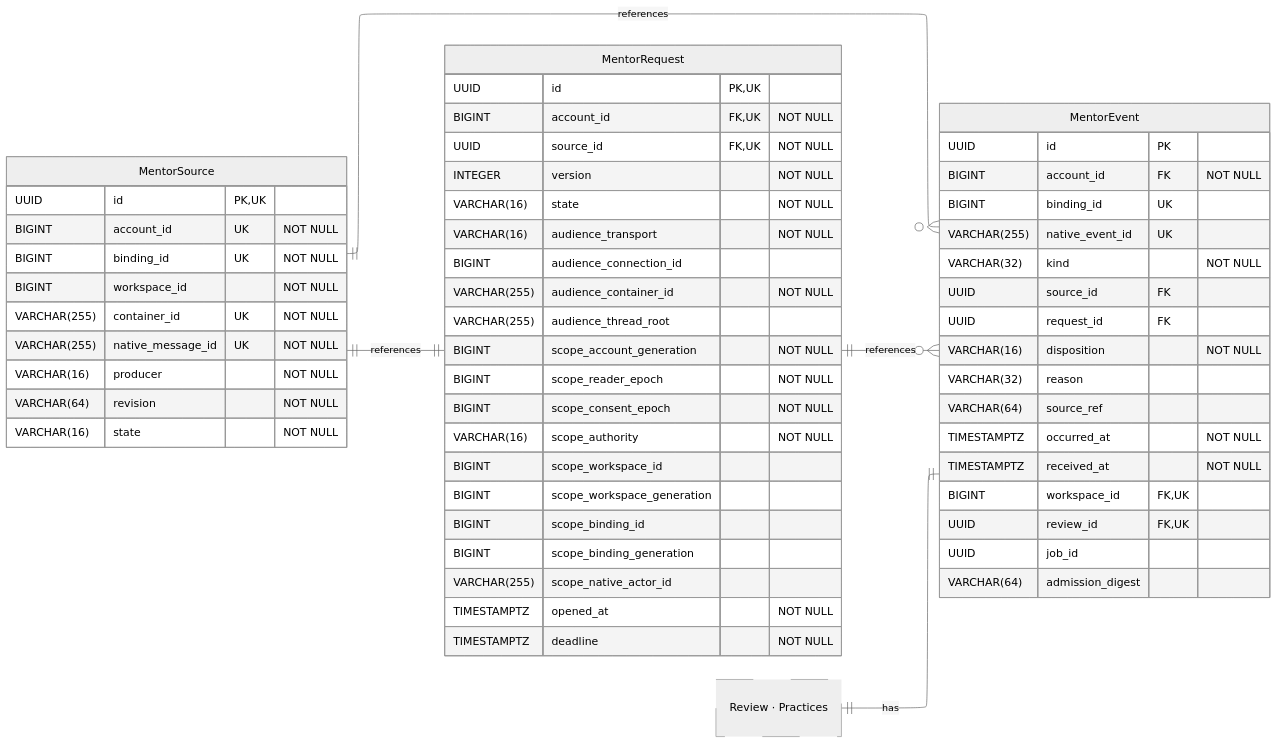
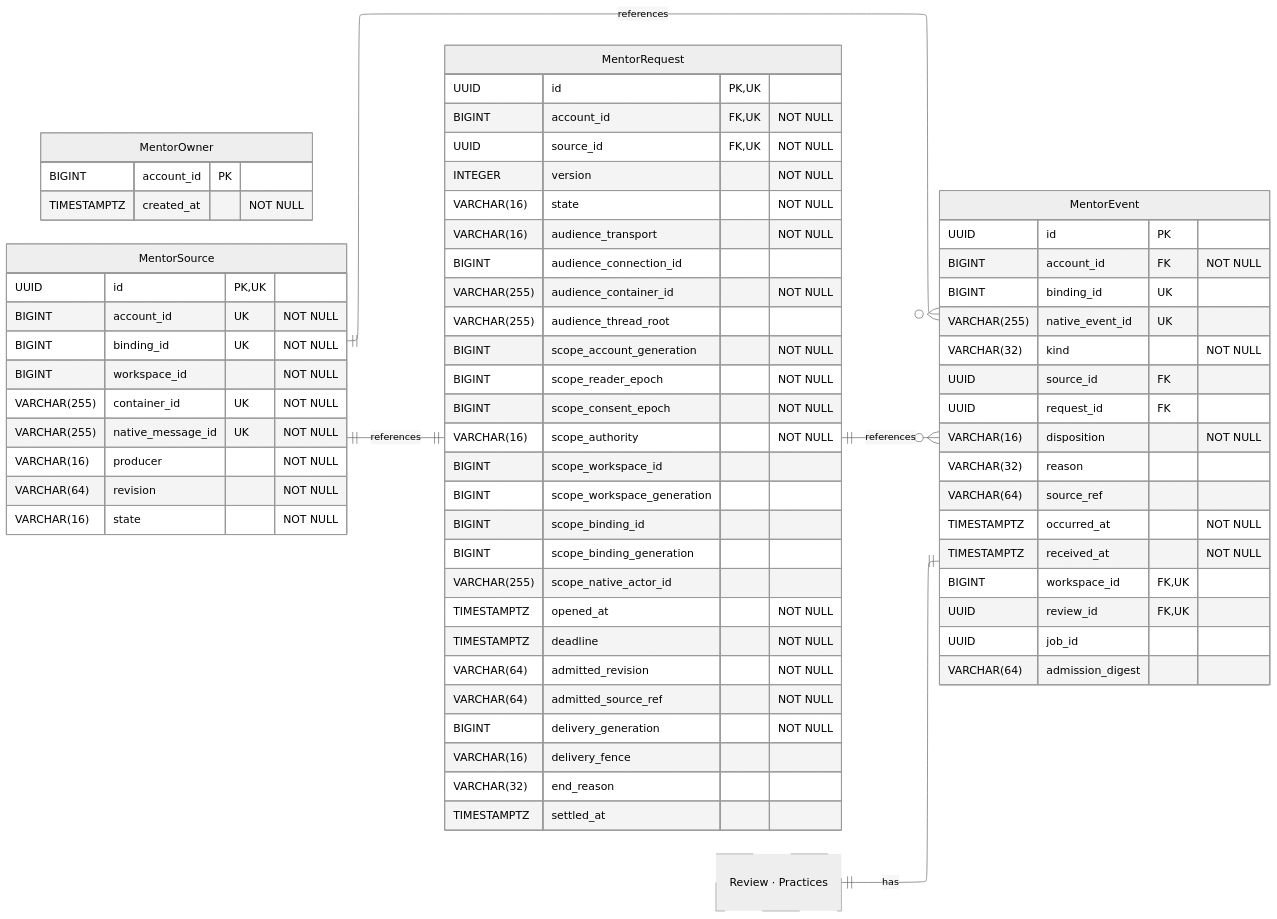
One commit to hephaestus-build/Hephaestus changed the diagram in docs/contributor/erd/mentor.mmd. Above: the diagram before and after it, drawn with Mermaid (neutral theme). The commit also changed 3 other files, not shown here.

Commit message:
chore(server): format and regenerate the mentor diagram

```diff
--- a/docs/contributor/erd/mentor.mmd
+++ b/docs/contributor/erd/mentor.mmd
@@ -1,83 +1,94 @@
 ---
 config:
     layout: elk
 ---
 erDiagram
     %% Generated automatically from PostgreSQL database schema
     %% using scripts/generate-mermaid-erd.ts
     %% To regenerate: vp run db:generate-erd-docs
 
     direction LR
 
     MentorEvent {
         UUID id PK
         BIGINT account_id FK "NOT NULL"
         BIGINT binding_id UK
         VARCHAR(255) native_event_id UK
         VARCHAR(32) kind "NOT NULL"
         UUID source_id FK
         UUID request_id FK
         VARCHAR(16) disposition "NOT NULL"
         VARCHAR(32) reason
         VARCHAR(64) source_ref
         TIMESTAMPTZ occurred_at "NOT NULL"
         TIMESTAMPTZ received_at "NOT NULL"
         BIGINT workspace_id FK,UK
         UUID review_id FK,UK
         UUID job_id
         VARCHAR(64) admission_digest
     }
 
+    MentorOwner {
+        BIGINT account_id PK
+        TIMESTAMPTZ created_at "NOT NULL"
+    }
+
     MentorRequest {
         UUID id PK,UK
         BIGINT account_id FK,UK "NOT NULL"
         UUID source_id FK,UK "NOT NULL"
         INTEGER version "NOT NULL"
         VARCHAR(16) state "NOT NULL"
         VARCHAR(16) audience_transport "NOT NULL"
         BIGINT audience_connection_id
         VARCHAR(255) audience_container_id "NOT NULL"
         VARCHAR(255) audience_thread_root
         BIGINT scope_account_generation "NOT NULL"
         BIGINT scope_reader_epoch "NOT NULL"
         BIGINT scope_consent_epoch "NOT NULL"
         VARCHAR(16) scope_authority "NOT NULL"
         BIGINT scope_workspace_id
         BIGINT scope_workspace_generation
         BIGINT scope_binding_id
         BIGINT scope_binding_generation
         VARCHAR(255) scope_native_actor_id
         TIMESTAMPTZ opened_at "NOT NULL"
         TIMESTAMPTZ deadline "NOT NULL"
+        VARCHAR(64) admitted_revision "NOT NULL"
+        VARCHAR(64) admitted_source_ref "NOT NULL"
+        BIGINT delivery_generation "NOT NULL"
+        VARCHAR(16) delivery_fence
+        VARCHAR(32) end_reason
+        TIMESTAMPTZ settled_at
     }
 
     MentorSource {
         UUID id PK,UK
         BIGINT account_id UK "NOT NULL"
         BIGINT binding_id UK "NOT NULL"
         BIGINT workspace_id "NOT NULL"
         VARCHAR(255) container_id UK "NOT NULL"
         VARCHAR(255) native_message_id UK "NOT NULL"
         VARCHAR(16) producer "NOT NULL"
         VARCHAR(64) revision "NOT NULL"
         VARCHAR(16) state "NOT NULL"
     }
 
     Review["Review · Practices"]
 
     %% Relationships
     %% One-to-One relationships
     Review ||--|| MentorEvent : has
     MentorSource ||--|| MentorRequest : references
 
     %% One-to-Many relationships
     MentorRequest ||--o{ MentorEvent : references
     MentorSource ||--o{ MentorEvent : references
 
     %% Styling
     classDef primaryEntity stroke-width:2px
     classDef associationEntity stroke-width:1px
     classDef metadataEntity stroke-width:1px
     classDef referenceEntity stroke-dasharray:5 5
 
     class Review referenceEntity
```
